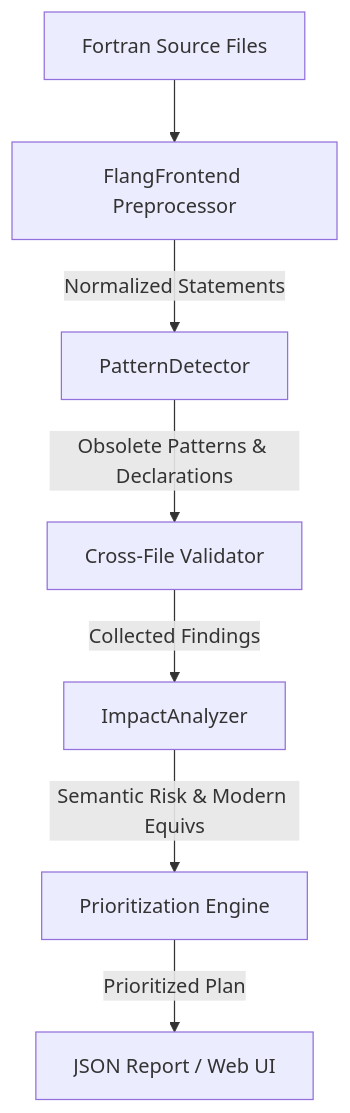
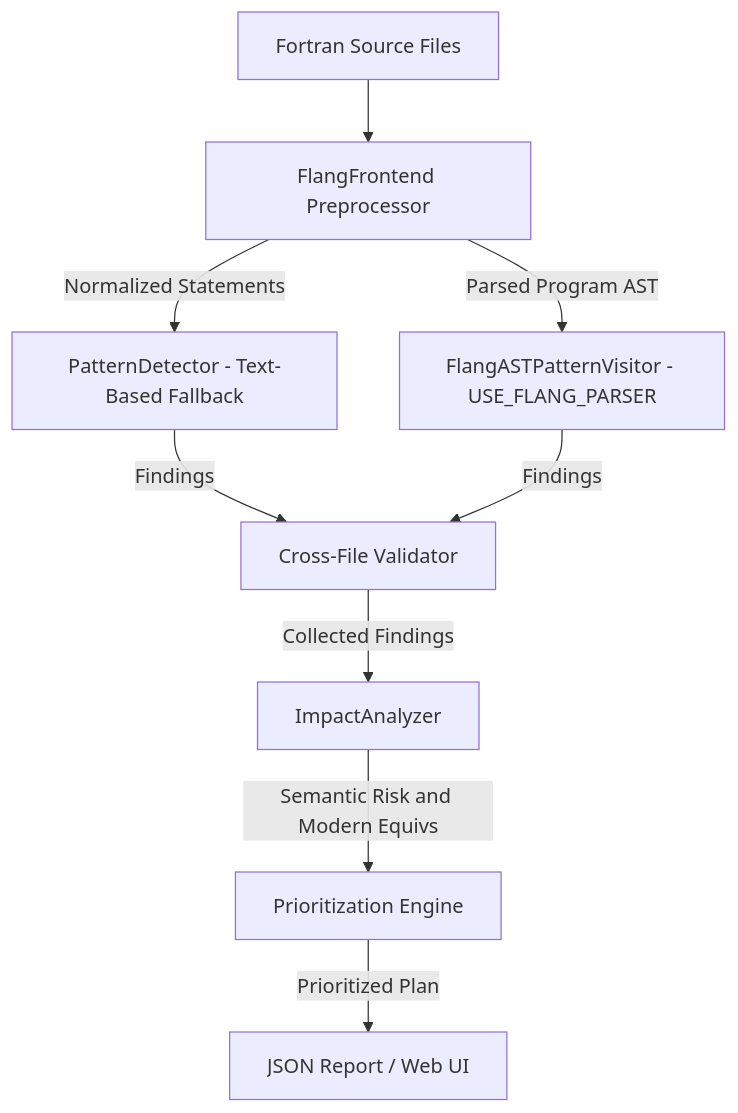
The diagram in DESIGN.md (Puneeth-R-140/Flang-Modernization-Advisor-for-Legacy-Fortran), drawn with Mermaid before and after one commit. The commit also changed other lines of this file and 15 other files, not shown here.

First line of the commit message:
Add FlangASTPatternVisitor: native parse-tree detection layer using Fortran::parser::Walk

````diff
--- a/DESIGN.md
+++ b/DESIGN.md
@@ -11,9 +11,11 @@
 ```mermaid
 graph TD
     A[Fortran Source Files] --> B[FlangFrontend Preprocessor]
-    B -->|Normalized Statements| C[PatternDetector]
-    C -->|Obsolete Patterns & Declarations| D[Cross-File Validator]
-    D -->|Collected Findings| E[ImpactAnalyzer]
-    E -->|Semantic Risk & Modern Equivs| F[Prioritization Engine]
-    F -->|Prioritized Plan| G[JSON Report / Web UI]
+    B -->|Normalized Statements| C[PatternDetector - Text-Based Fallback]
+    B -->|Parsed Program AST| D[FlangASTPatternVisitor - USE_FLANG_PARSER]
+    C -->|Findings| E[Cross-File Validator]
+    D -->|Findings| E
+    E -->|Collected Findings| F[ImpactAnalyzer]
+    F -->|Semantic Risk and Modern Equivs| G[Prioritization Engine]
+    G -->|Prioritized Plan| H[JSON Report / Web UI]
 ```
````
